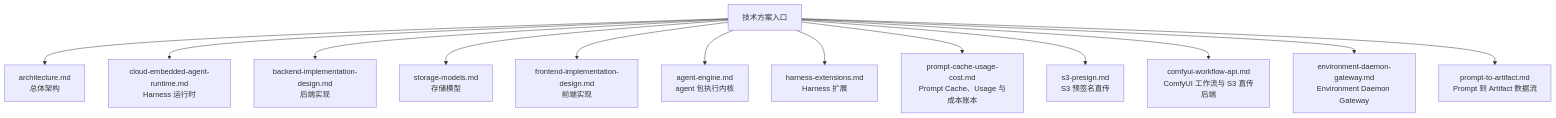
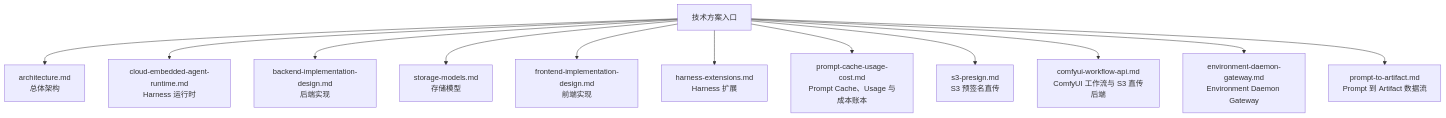
Before and after one commit to fengwk/kk-studio: the diagram in docs/technical-solution/README.md, drawn with Mermaid. The commit also changed other lines of this file and 256 other files, not shown here.

````diff
--- a/docs/technical-solution/README.md
+++ b/docs/technical-solution/README.md
@@ -7,16 +7,15 @@
 ```mermaid
 flowchart TD
     A[技术方案入口]
     A --> B[architecture.md<br/>总体架构]
     A --> C[cloud-embedded-agent-runtime.md<br/>Harness 运行时]
     A --> D[backend-implementation-design.md<br/>后端实现]
     A --> E[storage-models.md<br/>存储模型]
     A --> F[frontend-implementation-design.md<br/>前端实现]
-    A --> G[agent-engine.md<br/>agent 包执行内核]
     A --> H[harness-extensions.md<br/>Harness 扩展]
     A --> I[prompt-cache-usage-cost.md<br/>Prompt Cache、Usage 与成本账本]
     A --> J[s3-presign.md<br/>S3 预签名直传]
     A --> K[comfyui-workflow-api.md<br/>ComfyUI 工作流与 S3 直传后端]
     A --> L[environment-daemon-gateway.md<br/>Environment Daemon Gateway]
     A --> M[prompt-to-artifact.md<br/>Prompt 到 Artifact 数据流]
 ```
````
